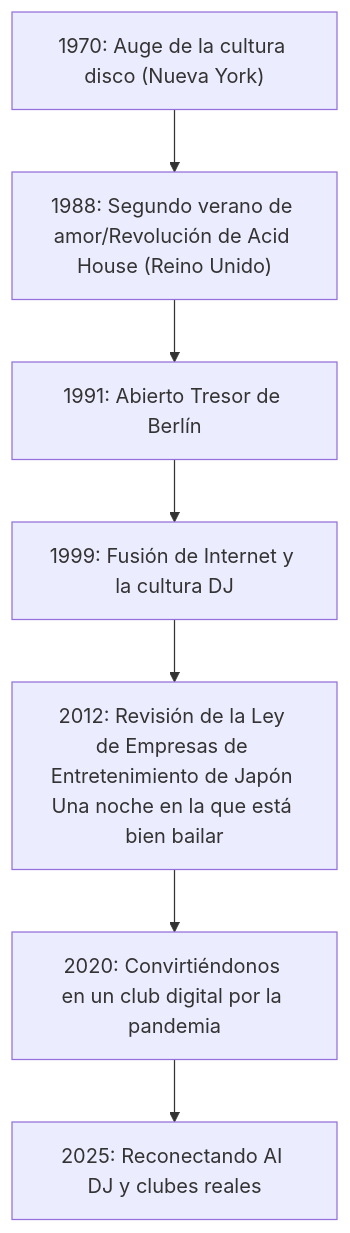
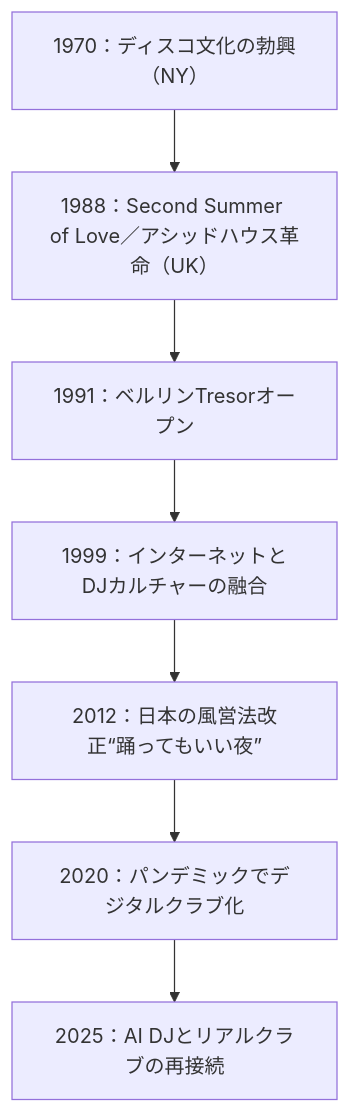
Before and after one commit to monumental-movement/monumental-movement.github.io: the diagram in es/_posts/2025-10-23-column-clubcity-night-rhythm.md, drawn with Mermaid. The commit also changed other lines of this file and 299 other files, not shown here.

```diff
--- a/es/_posts/2025-10-23-column-clubcity-night-rhythm.md
+++ b/es/_posts/2025-10-23-column-clubcity-night-rhythm.md
@@ -129,17 +129,17 @@
 <div class="mermaid">
 
 flowchart TD
 
-%% Cronología de la cultura de clubes y evolución urbana (1970-2025)
+%% クラブカルチャーと都市の進化年表（1970–2025）
 
-    A1970["1970: Auge de la cultura disco (Nueva York)"]
-    A1988["1988: Segundo verano de amor/Revolución de Acid House (Reino Unido)"]
-    A1991["1991: Abierto Tresor de Berlín"]
-    A1999["1999: Fusión de Internet y la cultura DJ"]
-    A2012["2012: Revisión de la Ley de Empresas de Entretenimiento de Japón "Una noche en la que está bien bailar""]
-    A2020["2020: Convirtiéndonos en un club digital por la pandemia"]
-    A2025["2025: Reconectando AI DJ y clubes reales"]
+    A1970["1970：ディスコ文化の勃興（NY）"]
+    A1988["1988：Second Summer of Love／アシッドハウス革命（UK）"]
+    A1991["1991：ベルリンTresorオープン"]
+    A1999["1999：インターネットとDJカルチャーの融合"]
+    A2012["2012：日本の風営法改正“踊ってもいい夜”"]
+    A2020["2020：パンデミックでデジタルクラブ化"]
+    A2025["2025：AI DJとリアルクラブの再接続"]
 
     A1970 --> A1988 --> A1991 --> A1999 --> A2012 --> A2020 --> A2025
 
 </div>
```
